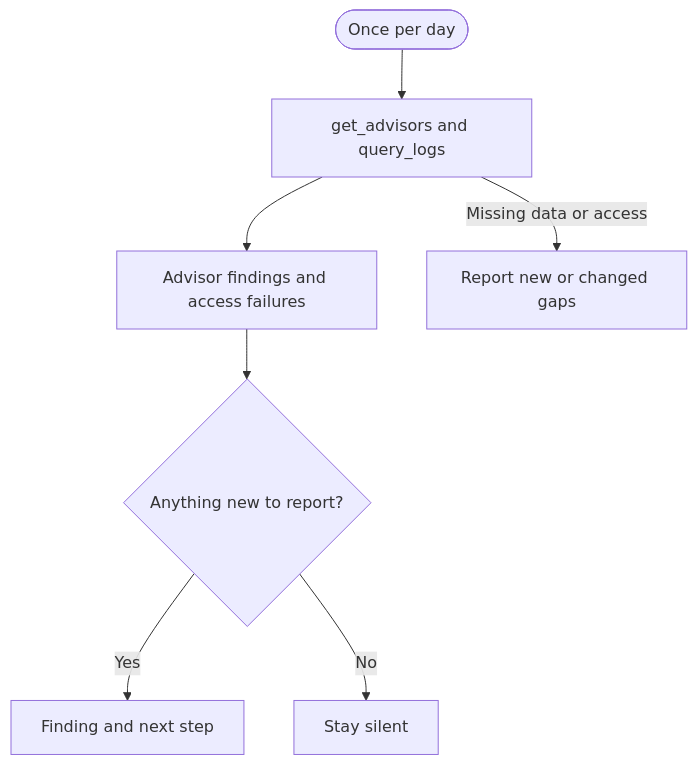
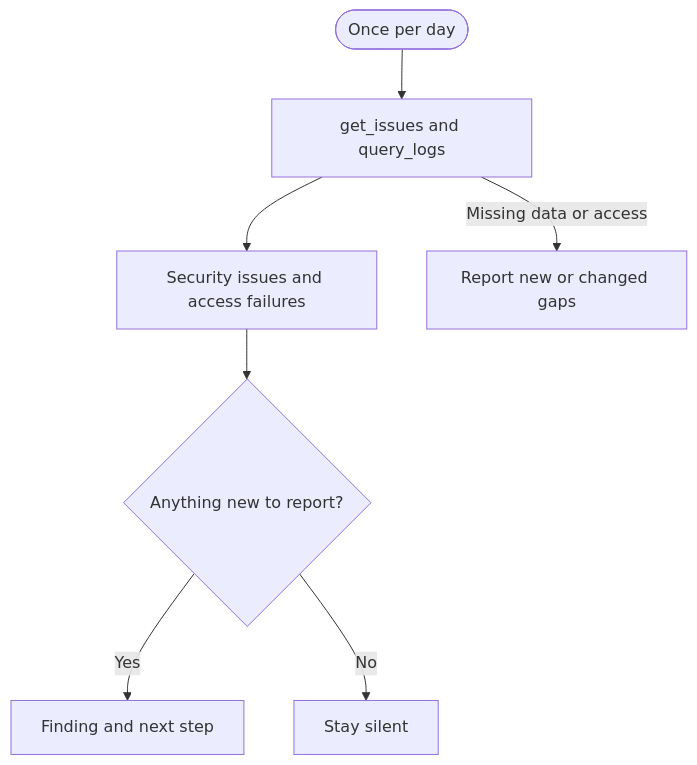
One commit to supabase/supabase changed the diagram in apps/docs/content/guides/observability/automate-with-agents/security.mdx. Above: the diagram before and after it, drawn with Mermaid. The commit also changed other lines of this file and 28 other files, not shown here.

First line of the commit message:
docs: rename Advisors to Issues

````diff
--- a/apps/docs/content/guides/observability/automate-with-agents/security.mdx
+++ b/apps/docs/content/guides/observability/automate-with-agents/security.mdx
@@ -8,9 +8,9 @@
 ```mermaid
 flowchart TD
-  Schedule([Once per day]) --> Inspect[get_advisors and query_logs]
-  Inspect --> Signals["Advisor findings and access failures"]
+  Schedule([Once per day]) --> Inspect[get_issues and query_logs]
+  Inspect --> Signals["Security issues and access failures"]
   Signals --> Review{Anything new to report?}
   Review -->|Yes| Report[Finding and next step]
   Review -->|No| Silent[Stay silent]
   Inspect -->|Missing data or access| Gap[Report new or changed gaps]
 ```
````
